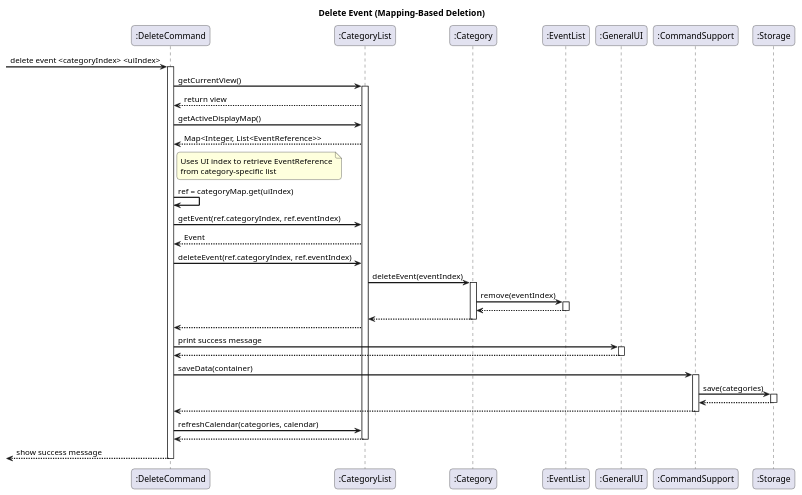
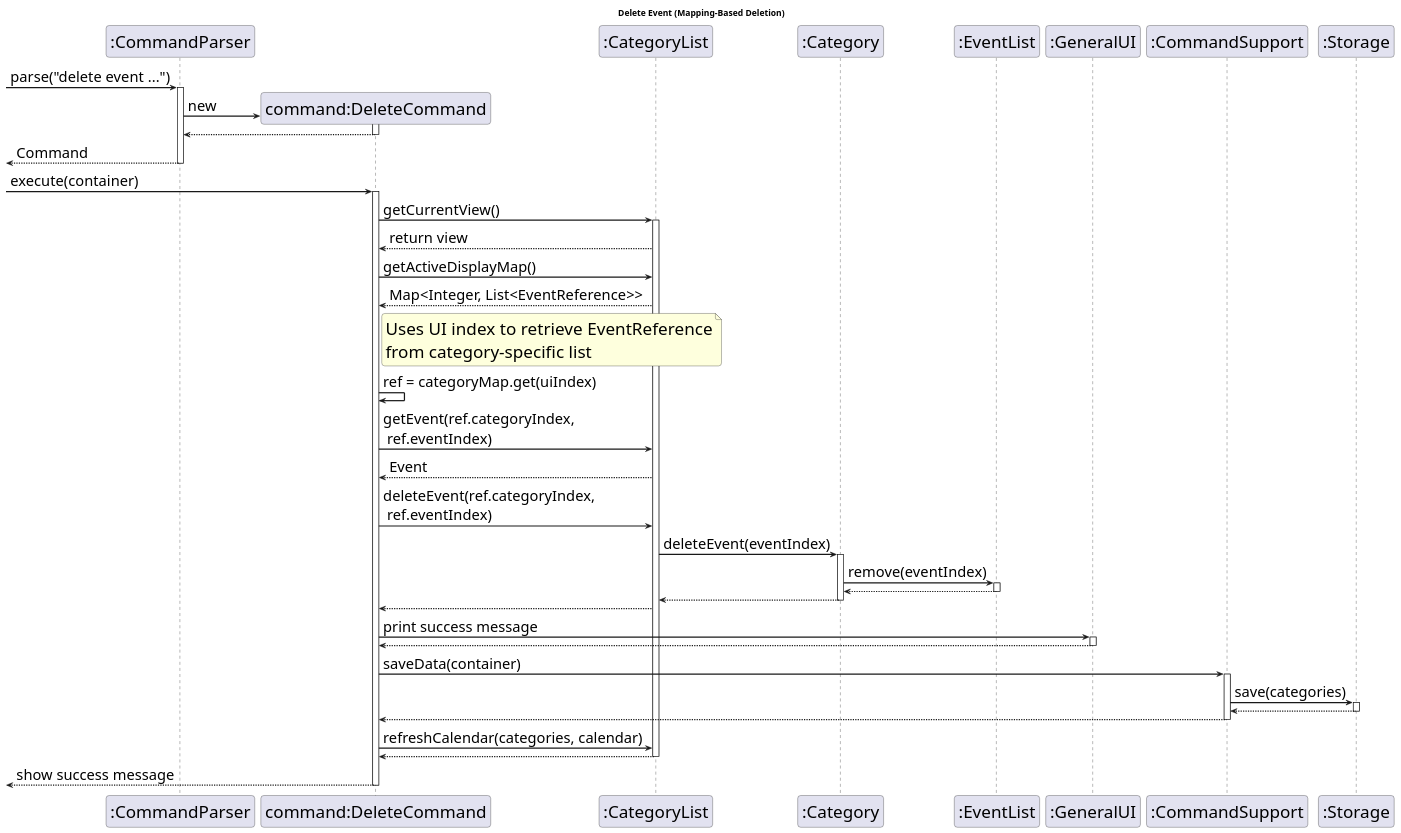
One commit to marken9/tp changed the diagram in docs/puml/DeleteEvent.puml. Above: the diagram before and after it, drawn with PlantUML. The commit also changed 6 other files, not shown here.

```diff
--- a/docs/puml/DeleteEvent.puml
+++ b/docs/puml/DeleteEvent.puml
@@ -1,63 +1,74 @@
 @startuml DeleteEvent
 
 skinparam sequenceArrowThickness 2
+skinparam DefaultFontSize 28
+skinparam ArrowFontSize 24
 skinparam roundcorner 10
 
 title Delete Event (Mapping-Based Deletion)
 
-participant ":DeleteCommand" as DC
+participant ":CommandParser" as CP
+-> CP : parse("delete event ...")
+activate CP
+create "command:DeleteCommand" as DC
+CP -> DC : new
+activate DC
+DC --> CP :
+deactivate DC
+CP -->[ : Command
+deactivate CP
+
+-> DC : execute(container)
+activate DC
 participant ":CategoryList" as CL
 participant ":Category" as CAT
 participant ":EventList" as EL
 participant ":GeneralUI" as UI
 participant ":CommandSupport" as CS
 participant ":Storage" as STORE
 
--> DC : delete event <categoryIndex> <uiIndex>
-activate DC
 DC -> CL : getCurrentView()
 activate CL
 CL --> DC : return view
     DC -> CL : getActiveDisplayMap()
     CL --> DC : Map<Integer, List<EventReference>>
 
     note right of DC
     Uses UI index to retrieve EventReference
     from category-specific list
     end note
 
     DC -> DC : ref = categoryMap.get(uiIndex)
 
-    DC -> CL : getEvent(ref.categoryIndex, ref.eventIndex)
+    DC -> CL : getEvent(ref.categoryIndex, \n ref.eventIndex)
     CL --> DC : Event
-
-        DC -> CL : deleteEvent(ref.categoryIndex, ref.eventIndex)
+        DC -> CL : deleteEvent(ref.categoryIndex, \n ref.eventIndex)
         CL -> CAT : deleteEvent(eventIndex)
         activate CAT
         CAT -> EL : remove(eventIndex)
         activate EL
         EL --> CAT
         deactivate EL
         CAT --> CL
         deactivate CAT
         CL --> DC
 
         DC -> UI : print success message
         activate UI
         UI --> DC
         deactivate UI
         DC -> CS : saveData(container)
         activate CS
         CS -> STORE : save(categories)
         activate STORE
         STORE --> CS
         deactivate STORE
         CS --> DC
         deactivate CS
         DC -> CL : refreshCalendar(categories, calendar)
         CL --> DC
         deactivate CL
         DC -->[ : show success message
         deactivate DC
 
 @enduml
```
